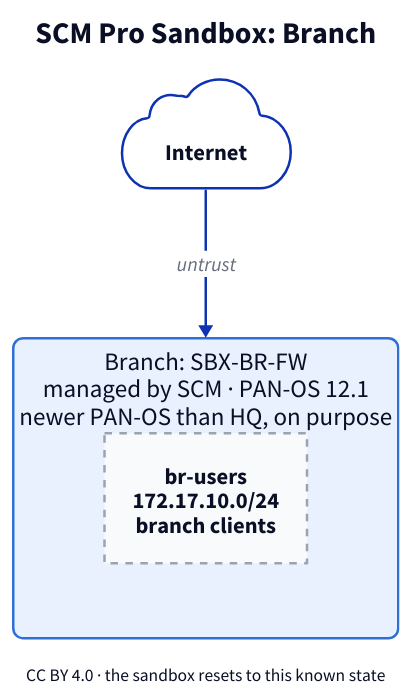
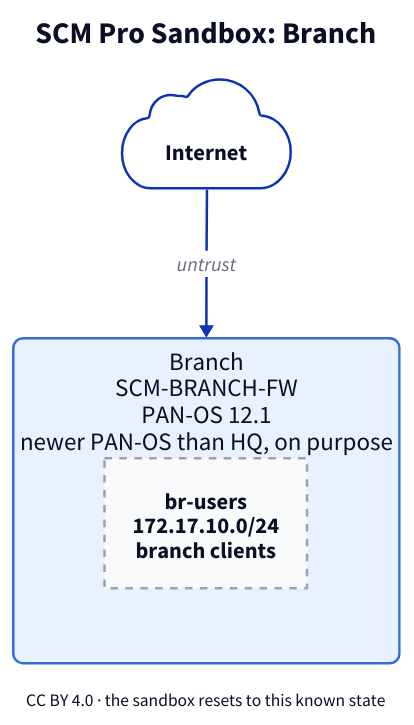
One commit to gegrsyn/SCMPro-Sandbox changed the diagram in drawings/branch.d2. Above: the diagram before and after it, drawn with D2. The commit also changed 9 other files, not shown here.

```diff
--- a/drawings/branch.d2
+++ b/drawings/branch.d2
@@ -1,15 +1,15 @@
 direction: down
 title: "SCM Pro Sandbox: Branch" {near: top-center; shape: text; style.font-size: 24; style.bold: true}
 
 internet: {
   label: "Internet"
   shape: cloud; style: {font-size: 18}
 }
 fw: {
-  label: "Branch: SBX-BR-FW\nmanaged by SCM · PAN-OS 12.1\nnewer PAN-OS than HQ, on purpose"
+  label: "Branch\nSCM-BRANCH-FW\nPAN-OS 12.1\nnewer PAN-OS than HQ, on purpose"
   style: {fill: "#e8f1fd"; stroke: "#2f6fd6"; border-radius: 8; font-size: 20}
   grid-columns: 2
   br-users: "br-users\n172.17.10.0/24\nbranch clients" {style: {fill: "#f8fafc"; stroke: "#9aa3af"; stroke-dash: 3; font-size: 18}}
 }
 internet -> fw: "untrust" {style: {font-size: 16}}
 foot: "CC BY 4.0 · the sandbox resets to this known state" {shape: text; near: bottom-center; style.font-size: 14}
```
